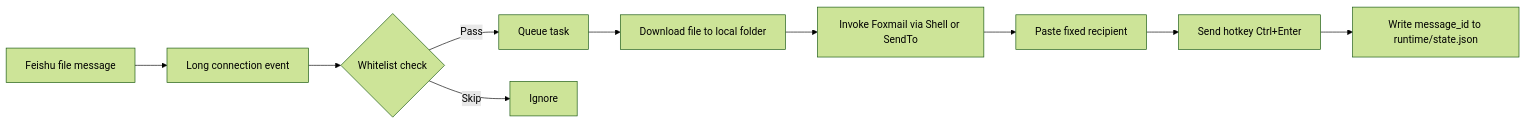
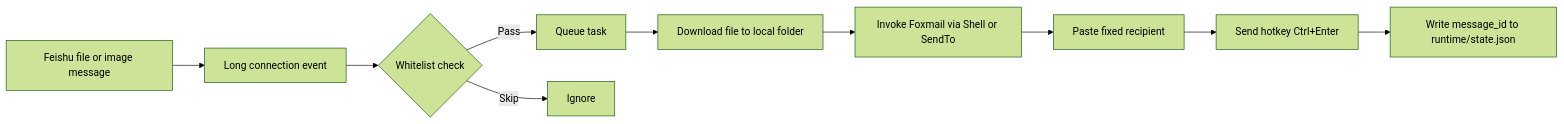
Before and after one commit to brryaa/feishu-to-mail: the diagram in README.md, drawn with Mermaid (forest theme). The commit also changed other lines of this file and 2 other files, not shown here.

Commit message:
feat: support Feishu image messages

````diff
--- a/README.md
+++ b/README.md
@@ -13,12 +13,12 @@
 ```mermaid
 flowchart LR
-    A[Feishu file message] --> B[Long connection event]
+    A[Feishu file or image message] --> B[Long connection event]
     B --> C{Whitelist check}
     C -->|Pass| D[Queue task]
     C -->|Skip| X[Ignore]
     D --> E[Download file to local folder]
     E --> F[Invoke Foxmail via Shell or SendTo]
     F --> G[Paste fixed recipient]
     G --> H[Send hotkey Ctrl+Enter]
     H --> I[Write message_id to runtime/state.json]
 ```
````
